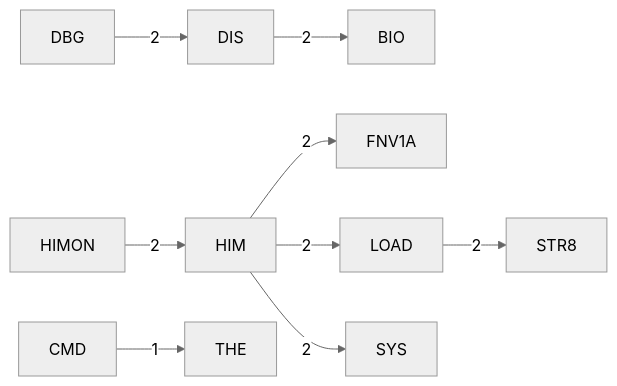
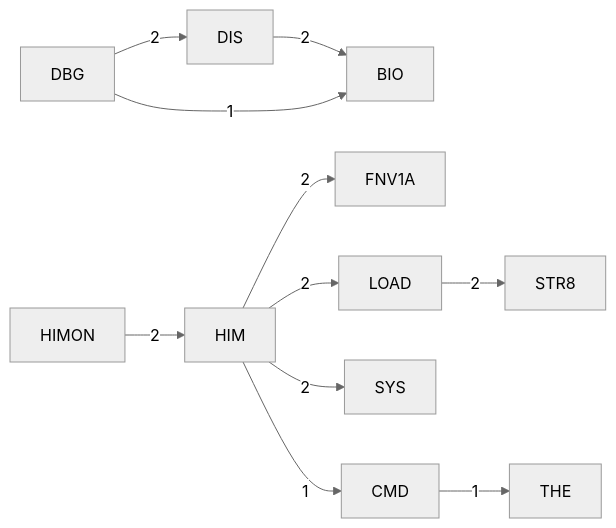
The fourth of 6 diagrams in DOC/GENERATED/HIMON_SUPPORT_MAP.md (95westus/R-YORS), drawn with Mermaid (neutral theme) before and after one commit. The commit also changed other lines of this file and 42 other files, not shown here.

````diff
--- a/DOC/GENERATED/HIMON_SUPPORT_MAP.md
+++ b/DOC/GENERATED/HIMON_SUPPORT_MAP.md
@@ -64,11 +63,13 @@
 ```mermaid
 flowchart LR
     P_DBG[DBG] -->|2| P_DIS[DIS]
     P_DIS[DIS] -->|2| P_BIO[BIO]
     P_HIM[HIM] -->|2| P_FNV1A[FNV1A]
     P_HIM[HIM] -->|2| P_LOAD[LOAD]
     P_HIM[HIM] -->|2| P_SYS[SYS]
     P_HIMON[HIMON] -->|2| P_HIM[HIM]
     P_LOAD[LOAD] -->|2| P_STR8[STR8]
     P_CMD[CMD] -->|1| P_THE[THE]
+    P_DBG[DBG] -->|1| P_BIO[BIO]
+    P_HIM[HIM] -->|1| P_CMD[CMD]
 ```
````
